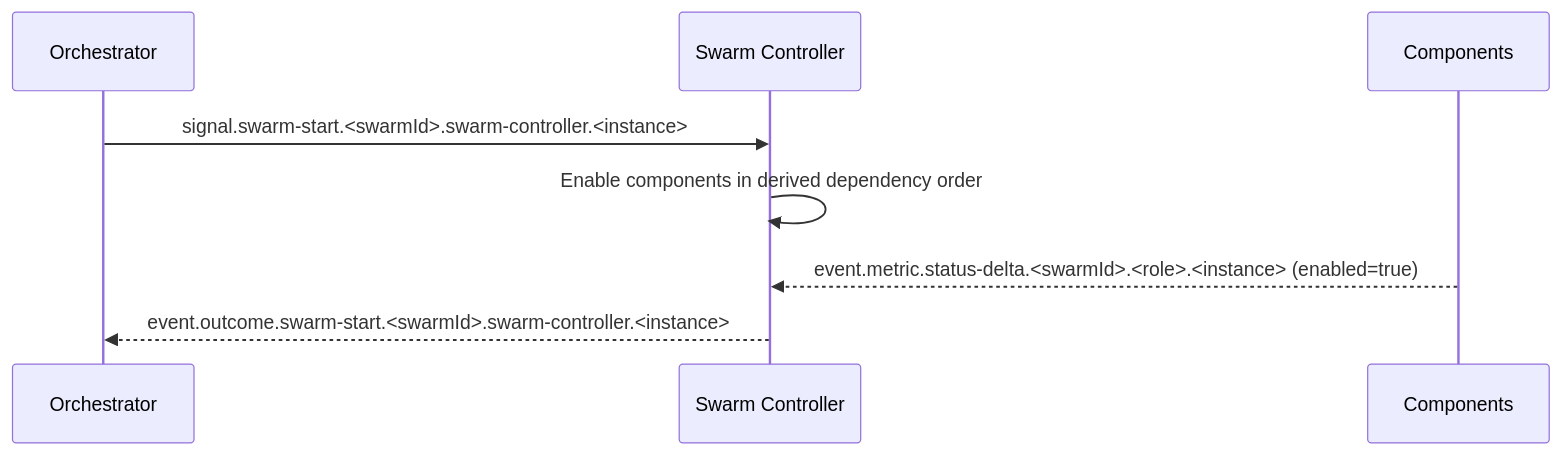
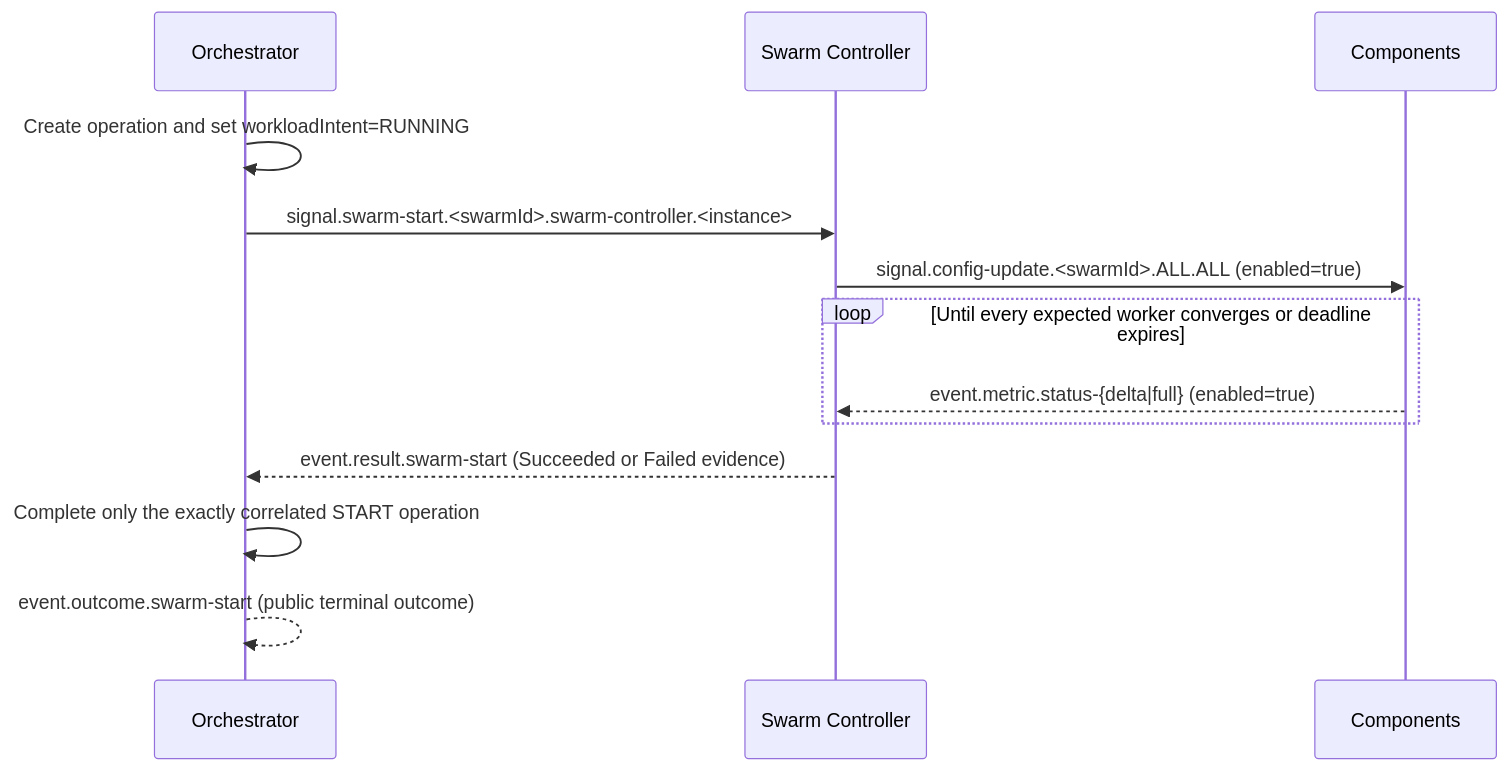
Before and after one commit to sepa79/PocketHive: the second of 6 diagrams in docs/ARCHITECTURE.md, drawn with Mermaid. The commit also changed other lines of this file and 210 other files, not shown here.

````diff
--- a/docs/ARCHITECTURE.md
+++ b/docs/ARCHITECTURE.md
@@ -587,11 +632,16 @@
 ```mermaid
 sequenceDiagram
   participant QN as Orchestrator
   participant MSH as Swarm Controller
   participant CMP as Components
 
+  QN->>QN: Create operation and set workloadIntent=RUNNING
   QN->>MSH: signal.swarm-start.<swarmId>.swarm-controller.<instance>
-  MSH->>MSH: Enable components in derived dependency order
-  CMP-->>MSH: event.metric.status-delta.<swarmId>.<role>.<instance> (enabled=true)
-  MSH-->>QN: event.outcome.swarm-start.<swarmId>.swarm-controller.<instance>
+  MSH->>CMP: signal.config-update.<swarmId>.ALL.ALL (enabled=true)
+  loop Until every expected worker converges or deadline expires
+    CMP-->>MSH: event.metric.status-{delta|full} (enabled=true)
+  end
+  MSH-->>QN: event.result.swarm-start (Succeeded or Failed evidence)
+  QN->>QN: Complete only the exactly correlated START operation
+  QN-->>QN: event.outcome.swarm-start (public terminal outcome)
 ```
````
